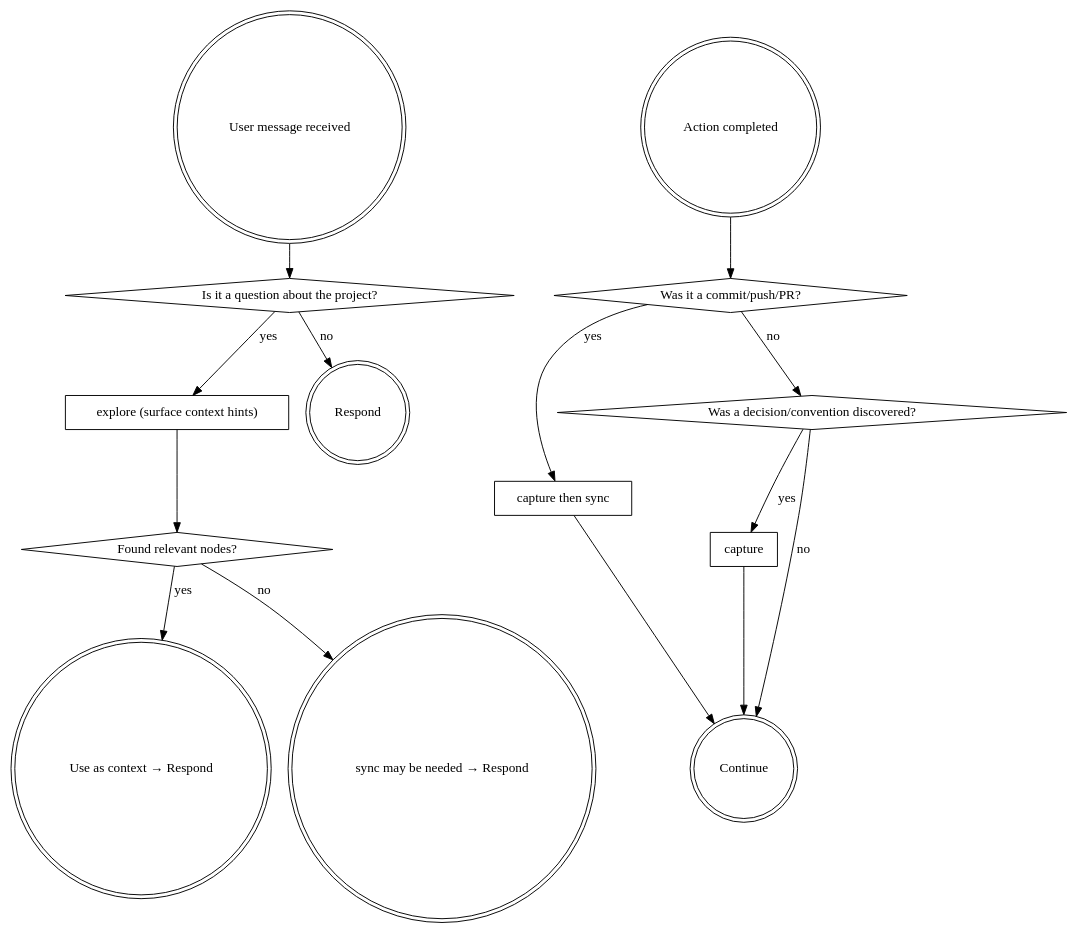
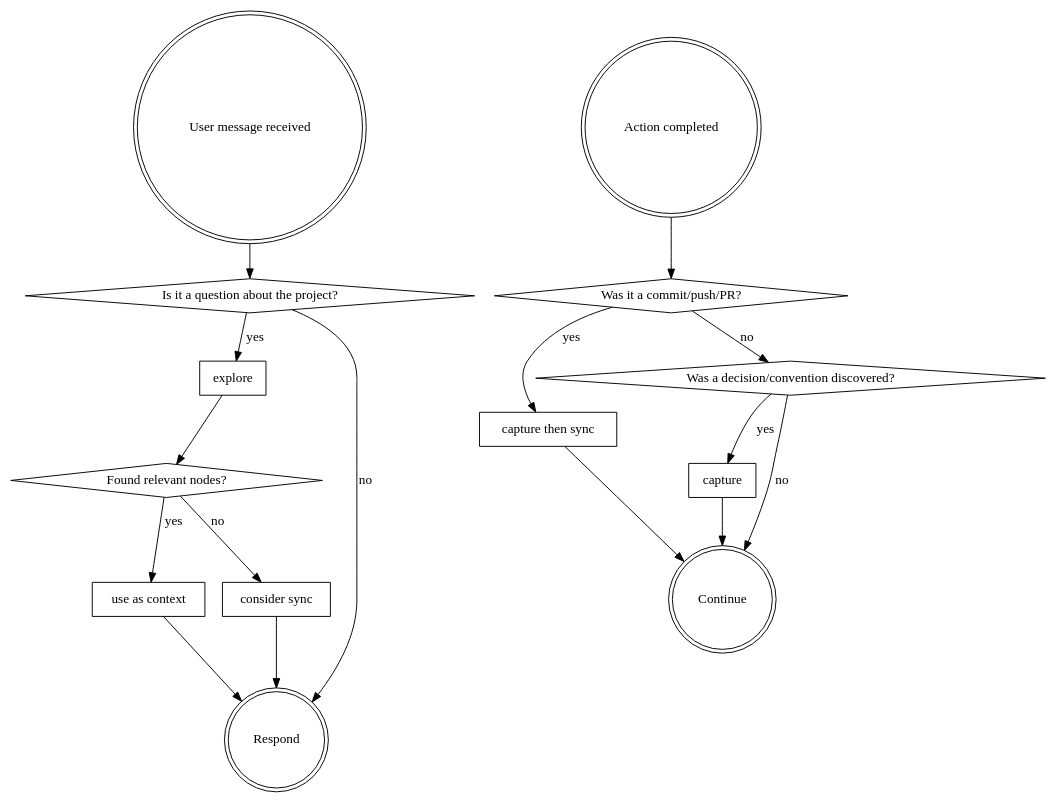
One commit to Curt-Park/autology changed the diagram in skills/router/SKILL.md. Above: the diagram before and after it, drawn with Graphviz.

Commit message:
fix: correct DOT shapes — use-as-context and consider-sync are box actions

````diff
--- a/skills/router/SKILL.md
+++ b/skills/router/SKILL.md
@@ -56,32 +56,34 @@
 ```dot
 digraph router {
   "User message received" [shape=doublecircle];
   "Action completed" [shape=doublecircle];
   "Is it a question about the project?" [shape=diamond];
-  "explore (surface context hints)" [shape=box];
+  "explore" [shape=box];
   "Found relevant nodes?" [shape=diamond];
+  "use as context" [shape=box];
+  "consider sync" [shape=box];
   "Respond" [shape=doublecircle];
-  "Use as context → Respond" [shape=doublecircle];
-  "sync may be needed → Respond" [shape=doublecircle];
   "Was it a commit/push/PR?" [shape=diamond];
   "capture then sync" [shape=box];
   "Was a decision/convention discovered?" [shape=diamond];
   "capture" [shape=box];
   "Continue" [shape=doublecircle];
 
   "User message received" -> "Is it a question about the project?";
-  "Is it a question about the project?" -> "explore (surface context hints)" [label="yes"];
+  "Is it a question about the project?" -> "explore" [label="yes"];
   "Is it a question about the project?" -> "Respond" [label="no"];
-  "explore (surface context hints)" -> "Found relevant nodes?";
-  "Found relevant nodes?" -> "Use as context → Respond" [label="yes"];
-  "Found relevant nodes?" -> "sync may be needed → Respond" [label="no"];
+  "explore" -> "Found relevant nodes?";
+  "Found relevant nodes?" -> "use as context" [label="yes"];
+  "Found relevant nodes?" -> "consider sync" [label="no"];
+  "use as context" -> "Respond";
+  "consider sync" -> "Respond";
 
   "Action completed" -> "Was it a commit/push/PR?";
   "Was it a commit/push/PR?" -> "capture then sync" [label="yes"];
   "Was it a commit/push/PR?" -> "Was a decision/convention discovered?" [label="no"];
   "Was a decision/convention discovered?" -> "capture" [label="yes"];
   "Was a decision/convention discovered?" -> "Continue" [label="no"];
   "capture then sync" -> "Continue";
   "capture" -> "Continue";
 }
 ```
````
